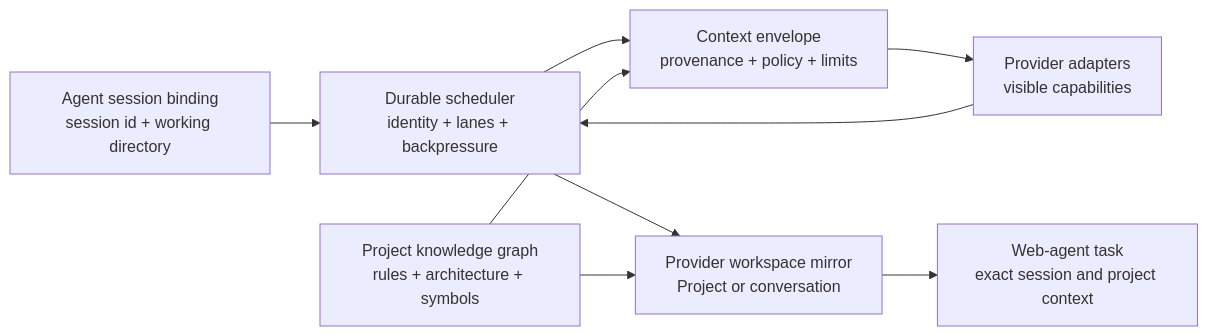
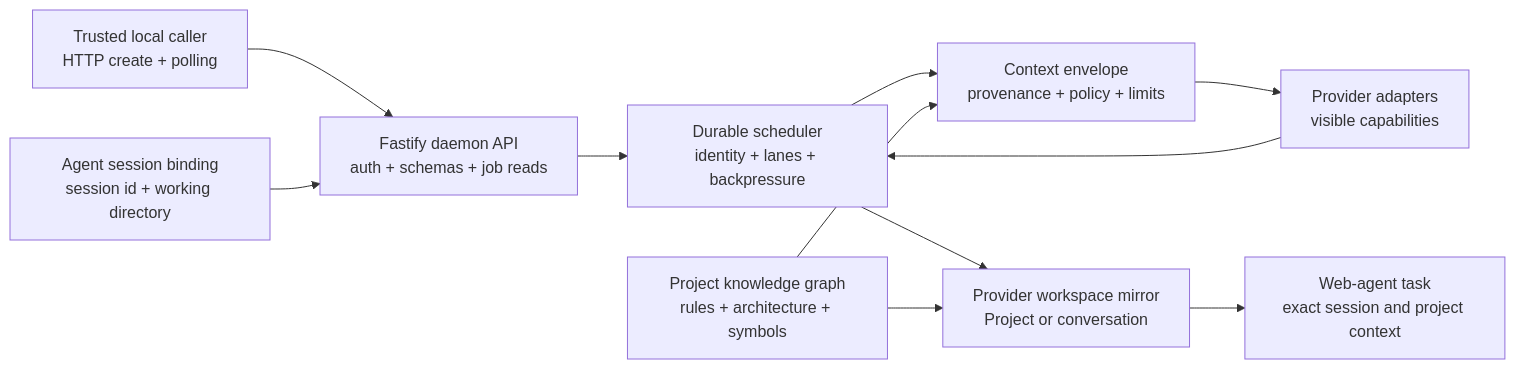
One commit to jazelly/tokenless changed the diagram in docs/roadmaps/README.md. Above: the diagram before and after it, drawn with Mermaid. The commit also changed other lines of this file and 15 other files, not shown here.

````diff
--- a/docs/roadmaps/README.md
+++ b/docs/roadmaps/README.md
@@ -54,19 +55,23 @@
 ```mermaid
 flowchart LR
+  Caller["Trusted local caller<br/>HTTP create + polling"]
+  API["Fastify daemon API<br/>auth + schemas + job reads"]
   Session["Agent session binding<br/>session id + working directory"]
   Scheduler["Durable scheduler<br/>identity + lanes + backpressure"]
   Context["Context envelope<br/>provenance + policy + limits"]
   Graph["Project knowledge graph<br/>rules + architecture + symbols"]
   Provider["Provider adapters<br/>visible capabilities"]
   Workspace["Provider workspace mirror<br/>Project or conversation"]
   Task["Web-agent task<br/>exact session and project context"]
 
-  Session --> Scheduler
+  Caller --> API
+  Session --> API
+  API --> Scheduler
   Scheduler --> Context
   Graph --> Context
   Context --> Provider
   Provider --> Scheduler
   Scheduler --> Workspace
   Graph --> Workspace
   Workspace --> Task
 ```
````
